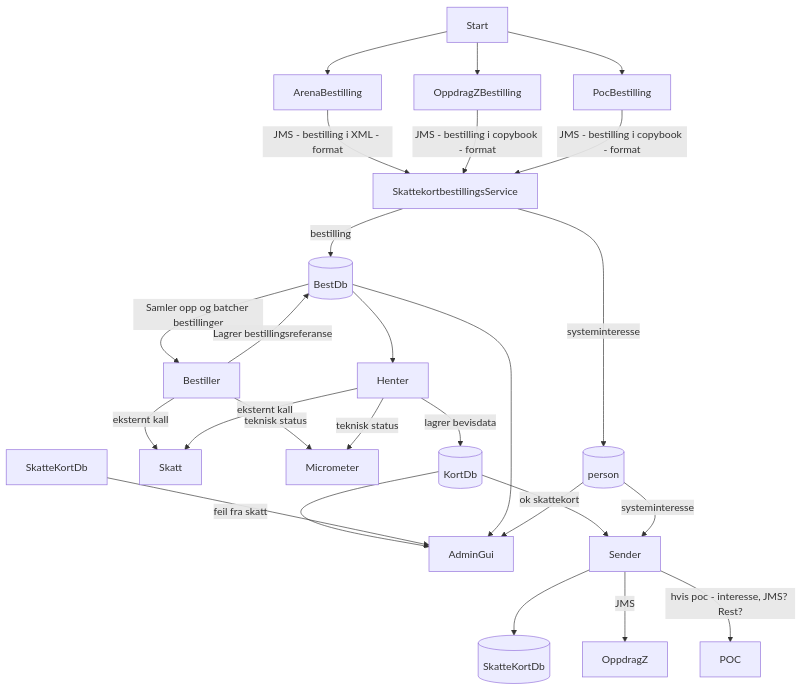
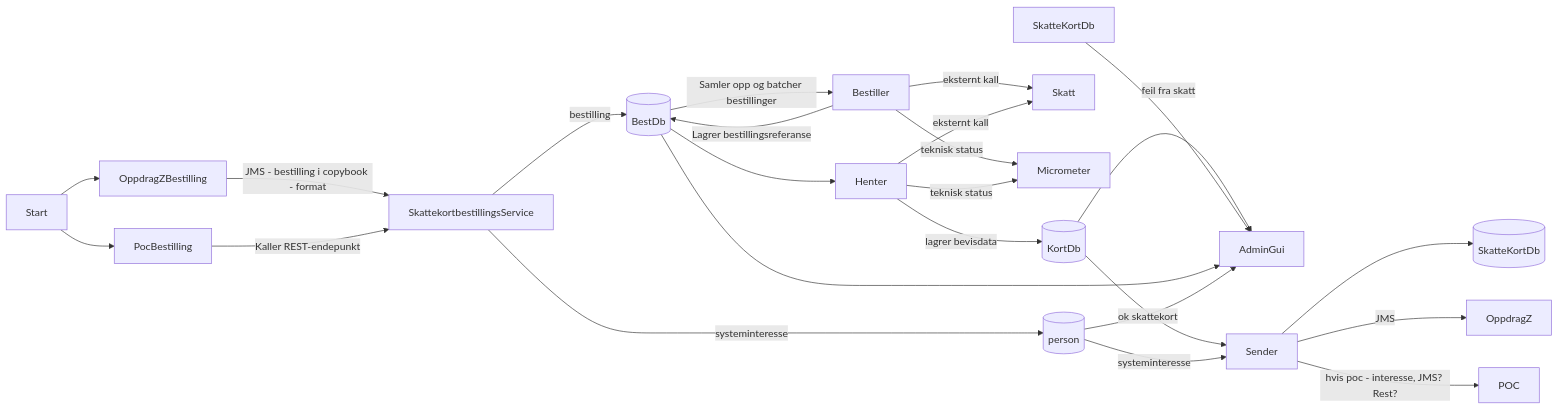
The first of 8 diagrams in dokumentasjon/arkitektur/workflows.md (navikt/sokos-skattekort), drawn with Mermaid before and after one commit. The commit also changed other lines of this file, not shown here.

````diff
--- a/dokumentasjon/arkitektur/workflows.md
+++ b/dokumentasjon/arkitektur/workflows.md
@@ -3,28 +3,26 @@
 ```mermaid
-flowchart TD
-    Start --> ArenaBestilling
+flowchart LR
     Start --> OppdragZBestilling
     Start --> PocBestilling
-    ArenaBestilling -- JMS - bestilling i XML - format --> SkattekortbestillingsService
     OppdragZBestilling -- JMS - bestilling i copybook - format --> SkattekortbestillingsService
-    PocBestilling -- JMS - bestilling i copybook - format --> SkattekortbestillingsService
+    PocBestilling -- Kaller REST-endepunkt --> SkattekortbestillingsService
     SkattekortbestillingsService -- bestilling --> BestDb[(BestDb)]
     SkattekortbestillingsService -- systeminteresse --> person[(person)]
     BestDb -- Samler opp og batcher bestillinger --> Bestiller
     Bestiller -- Lagrer bestillingsreferanse --> BestDb
     Bestiller -- eksternt kall --> Skatt
     Bestiller -- teknisk status --> Micrometer
     BestDb --> Henter
     Henter -- eksternt kall --> Skatt
     Henter -- lagrer bevisdata --> KortDb[(KortDb)]
     Henter -- teknisk status --> Micrometer
     KortDb -- feil fra skatt --> AdminGui
     KortDb -- ok skattekort --> Sender
     Sender --> SKDb[(SkatteKortDb)]
     person -- systeminteresse --> Sender
     Sender -- JMS --> OppdragZ
     Sender -- hvis poc - interesse, JMS? Rest? --> POC
     SkatteKortDb --> AdminGui
     BestDb --> AdminGui
     person --> AdminGui
 ```
````
